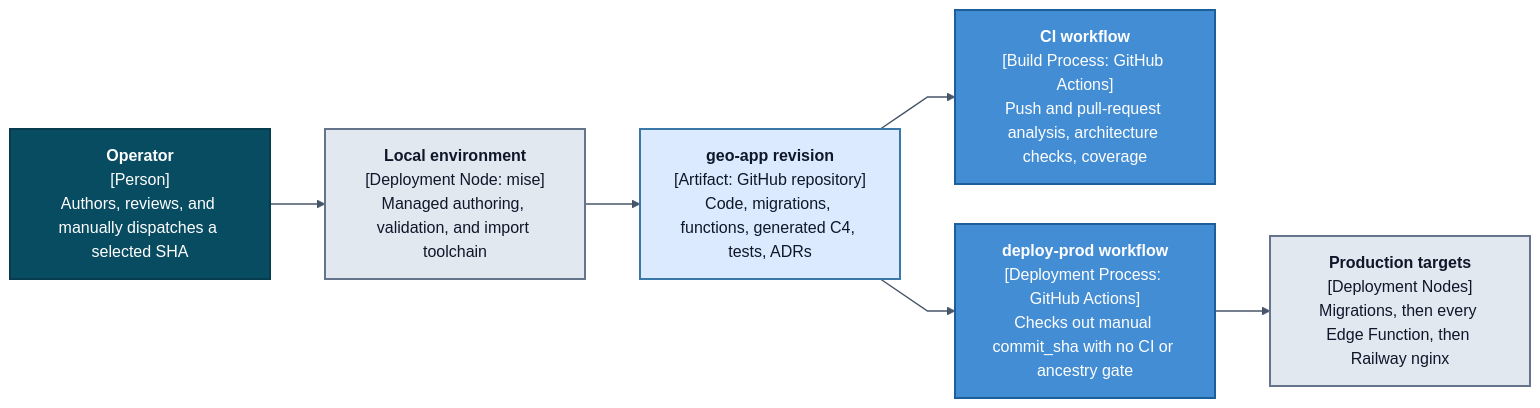
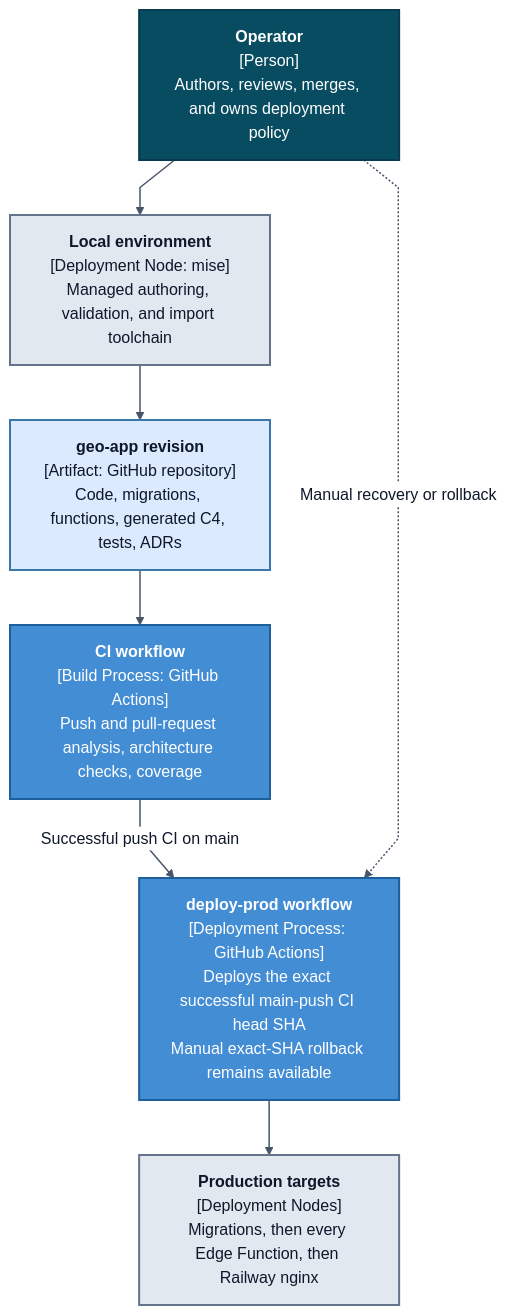
One commit to JMLegere/geo-app changed the diagram in docs/c4/10-deployment-delivery.mmd. Above: the diagram before and after it, drawn with Mermaid. The commit also changed 11 other files, not shown here.

Commit message:
ci(prod): deploy green main revisions automatically

```diff
--- a/docs/c4/10-deployment-delivery.mmd
+++ b/docs/c4/10-deployment-delivery.mmd
@@ -1,25 +1,26 @@
 %% GENERATED by scripts/generate_c4_diagrams.py — do not edit.
 %%{init: {'theme': 'base', 'themeVariables': {'background': '#ffffff', 'primaryTextColor': '#0f172a', 'lineColor': '#475569', 'fontFamily': 'Arial, sans-serif', 'edgeLabelBackground': '#ffffff', 'actorLineColor': '#64748b', 'signalColor': '#334155', 'labelBoxBorderColor': '#475569', 'labelTextColor': '#0f172a', 'loopLineColor': '#64748b', 'loopTextColor': '#0f172a'}, 'sequence': {'mirrorActors': false, 'diagramMarginX': 30, 'diagramMarginY': 20, 'actorMargin': 40, 'messageMargin': 35}, 'flowchart': {'curve': 'linear', 'nodeSpacing': 40, 'rankSpacing': 55}}}%%
-flowchart LR
-    operator["<b>Operator</b><br/>[Person]<br/>Authors, reviews, and manually dispatches a selected SHA"]
+flowchart TB
+    operator["<b>Operator</b><br/>[Person]<br/>Authors, reviews, merges, and owns deployment policy"]
     tooling["<b>Local environment</b><br/>[Deployment Node: mise]<br/>Managed authoring, validation, and import toolchain"]
     repo["<b>geo-app revision</b><br/>[Artifact: GitHub repository]<br/>Code, migrations, functions, generated C4, tests, ADRs"]
     checks["<b>CI workflow</b><br/>[Build Process: GitHub Actions]<br/>Push and pull-request analysis, architecture checks, coverage"]
-    deploy["<b>deploy-prod workflow</b><br/>[Deployment Process: GitHub Actions]<br/>Checks out manual commit_sha with no CI or ancestry gate"]
+    deploy["<b>deploy-prod workflow</b><br/>[Deployment Process: GitHub Actions]<br/>Deploys the exact successful main-push CI head SHA<br/>Manual exact-SHA rollback remains available"]
     targets["<b>Production targets</b><br/>[Deployment Nodes]<br/>Migrations, then every Edge Function, then Railway nginx"]
 
     operator --> tooling
     tooling --> repo
     repo --> checks
-    repo --> deploy
+    checks -->|Successful push CI on main| deploy
+    operator -.->|Manual recovery or rollback| deploy
     deploy --> targets
 
     class operator person
     class repo artifact
     class checks,deploy process
     class tooling,targets deployment
     classDef person fill:#084c61,color:#ffffff,stroke:#063c4d,stroke-width:2px;
     classDef artifact fill:#dbeafe,color:#0f172a,stroke:#3978a8,stroke-width:2px;
     classDef process fill:#438dd5,color:#ffffff,stroke:#1d5f9b,stroke-width:2px;
     classDef deployment fill:#e2e8f0,color:#0f172a,stroke:#64748b,stroke-width:2px;
     linkStyle default stroke:#475569,color:#0f172a,stroke-width:1.5px;
```
